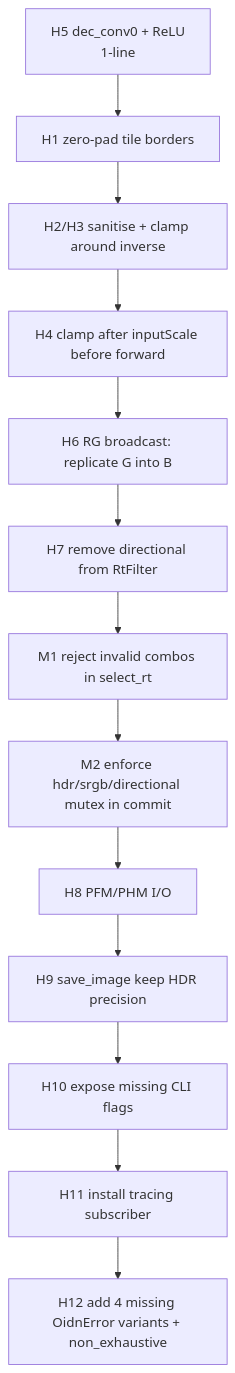
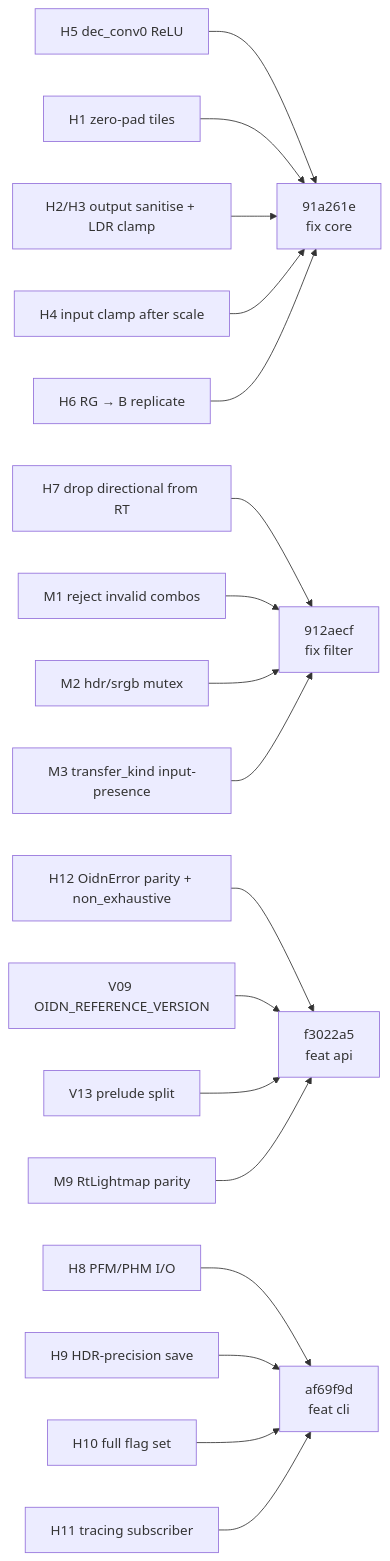
Before and after one commit to ssoj13/oidn-rs: the seventh of 8 diagrams in DIAGRAMS.md, drawn with Mermaid. The commit also changed other lines of this file and 3 other files, not shown here.

First line of the commit message:
docs: update README/CHANGELOG/AGENTS/DIAGRAMS to post-bughunt state

````diff
--- a/DIAGRAMS.md
+++ b/DIAGRAMS.md
@@ -165,15 +163,20 @@
 ```mermaid
-flowchart TD
-    H5[H5 dec_conv0 + ReLU<br/>1-line] --> H1[H1 zero-pad tile borders]
-    H1 --> H2[H2/H3 sanitise + clamp around inverse]
-    H2 --> H4[H4 clamp after inputScale before forward]
-    H4 --> H6[H6 RG broadcast: replicate G into B]
-    H6 --> H7[H7 remove directional from RtFilter]
-    H7 --> M1[M1 reject invalid combos in select_rt]
-    M1 --> M2[M2 enforce hdr/srgb/directional mutex in commit]
-    M2 --> H8[H8 PFM/PHM I/O]
-    H8 --> H9[H9 save_image keep HDR precision]
-    H9 --> H10[H10 expose missing CLI flags]
-    H10 --> H11[H11 install tracing subscriber]
-    H11 --> H12[H12 add 4 missing OidnError variants + non_exhaustive]
+flowchart LR
+    H5[H5 dec_conv0 ReLU] --> COMMIT1[91a261e<br/>fix core]
+    H1[H1 zero-pad tiles] --> COMMIT1
+    H2[H2/H3 output sanitise + LDR clamp] --> COMMIT1
+    H4[H4 input clamp after scale] --> COMMIT1
+    H6[H6 RG → B replicate] --> COMMIT1
+    H7[H7 drop directional from RT] --> COMMIT2[912aecf<br/>fix filter]
+    M1[M1 reject invalid combos] --> COMMIT2
+    M2[M2 hdr/srgb mutex] --> COMMIT2
+    M3[M3 transfer_kind input-presence] --> COMMIT2
+    H12[H12 OidnError parity + non_exhaustive] --> COMMIT3[f3022a5<br/>feat api]
+    V09[V09 OIDN_REFERENCE_VERSION] --> COMMIT3
+    V13[V13 prelude split] --> COMMIT3
+    M9[M9 RtLightmap parity] --> COMMIT3
+    H8[H8 PFM/PHM I/O] --> COMMIT4[af69f9d<br/>feat cli]
+    H9[H9 HDR-precision save] --> COMMIT4
+    H10[H10 full flag set] --> COMMIT4
+    H11[H11 tracing subscriber] --> COMMIT4
 ```
````
